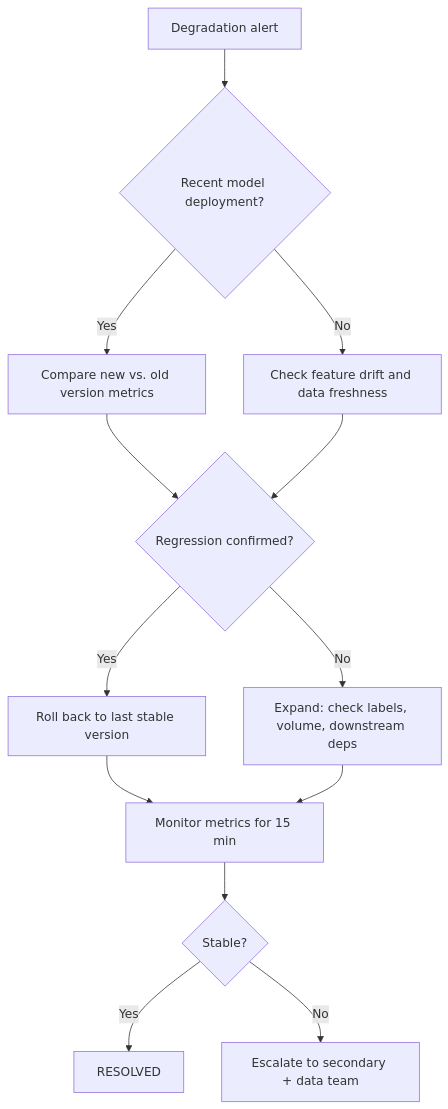
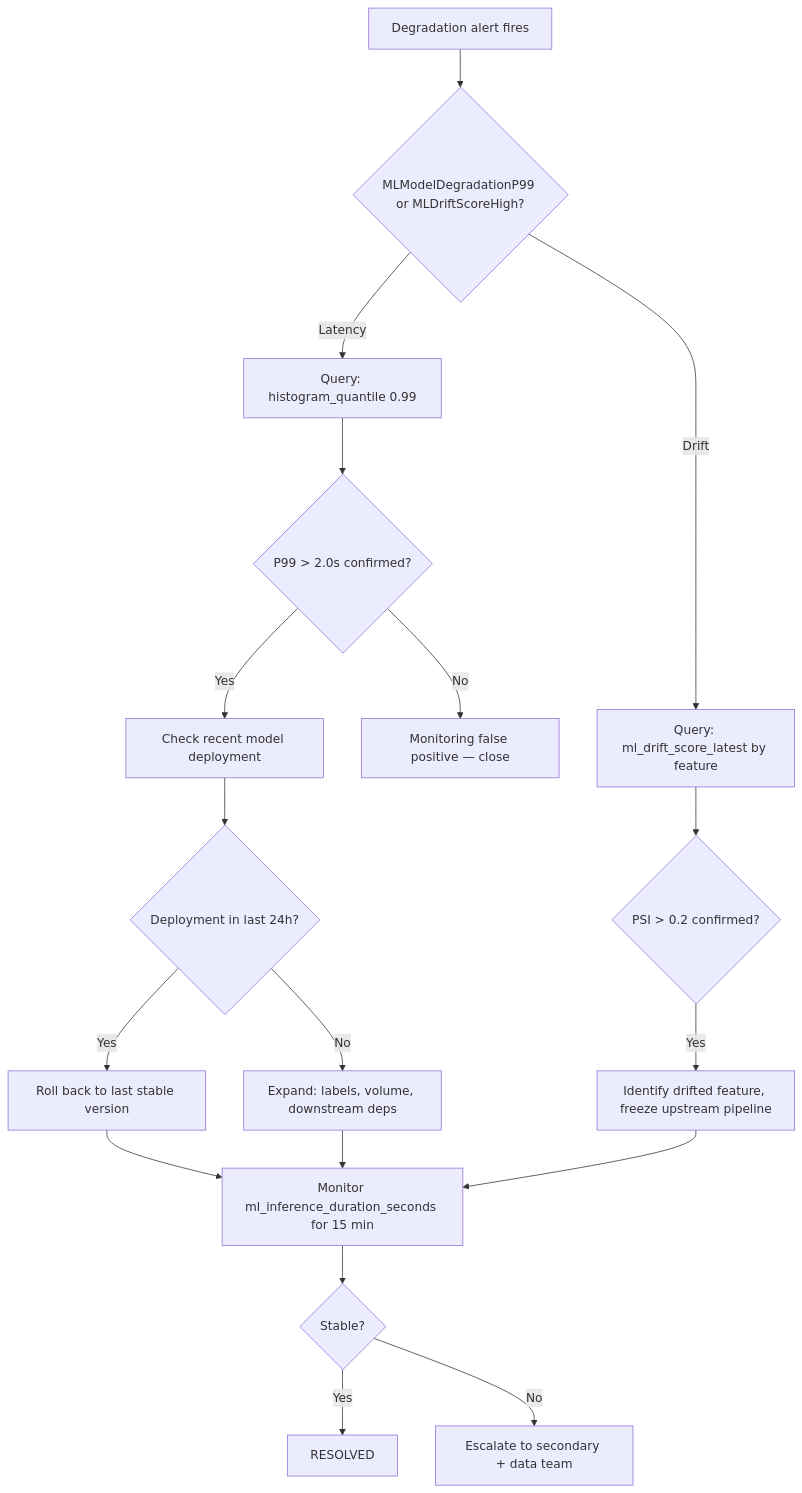
The diagram in runbooks/model_degradation.md (zrlopez/ml-incident-response-playbook), drawn with Mermaid before and after one commit. The commit also changed other lines of this file and 7 other files, not shown here.

````diff
--- a/runbooks/model_degradation.md
+++ b/runbooks/model_degradation.md
@@ -71,15 +109,20 @@
 ```mermaid
 flowchart TD
-    A[Degradation alert] --> B{Recent model deployment?}
-    B -- Yes --> C[Compare new vs. old version metrics]
-    B -- No --> D[Check feature drift and data freshness]
-    C --> E{Regression confirmed?}
-    D --> E
-    E -- Yes --> F[Roll back to last stable version]
-    E -- No --> G[Expand: check labels, volume, downstream deps]
-    F --> H[Monitor metrics for 15 min]
-    G --> H
-    H --> I{Stable?}
-    I -- Yes --> J[RESOLVED]
-    I -- No --> K[Escalate to secondary + data team]
+    A[Degradation alert fires] --> B{MLModelDegradationP99 or MLDriftScoreHigh?}
+    B -- Latency --> C[Query: histogram_quantile 0.99]
+    B -- Drift --> D[Query: ml_drift_score_latest by feature]
+    C --> E{P99 > 2.0s confirmed?}
+    D --> F{PSI > 0.2 confirmed?}
+    E -- Yes --> G[Check recent model deployment]
+    E -- No --> H[Monitoring false positive — close]
+    F -- Yes --> I[Identify drifted feature, freeze upstream pipeline]
+    G --> J{Deployment in last 24h?}
+    J -- Yes --> K[Roll back to last stable version]
+    J -- No --> L[Expand: labels, volume, downstream deps]
+    K --> M[Monitor ml_inference_duration_seconds for 15 min]
+    L --> M
+    I --> M
+    M --> N{Stable?}
+    N -- Yes --> O[RESOLVED]
+    N -- No --> P[Escalate to secondary + data team]
 ```
````
